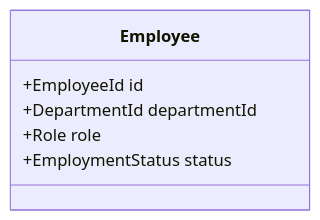
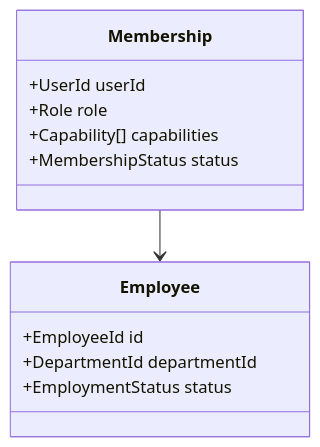
One commit to 369sup/worksync-hr changed the diagram in docs/02-domain/employee.md. Above: the diagram before and after it, drawn with Mermaid. The commit also changed other lines of this file and 36 other files, not shown here.

````diff
--- a/docs/02-domain/employee.md
+++ b/docs/02-domain/employee.md
@@ -7,9 +7,15 @@
 ```mermaid
 classDiagram
   class Employee {
     +EmployeeId id
     +DepartmentId departmentId
-    +Role role
     +EmploymentStatus status
   }
+  class Membership {
+    +UserId userId
+    +Role role
+    +Capability[] capabilities
+    +MembershipStatus status
+  }
+  Membership --> Employee
 ```
````
